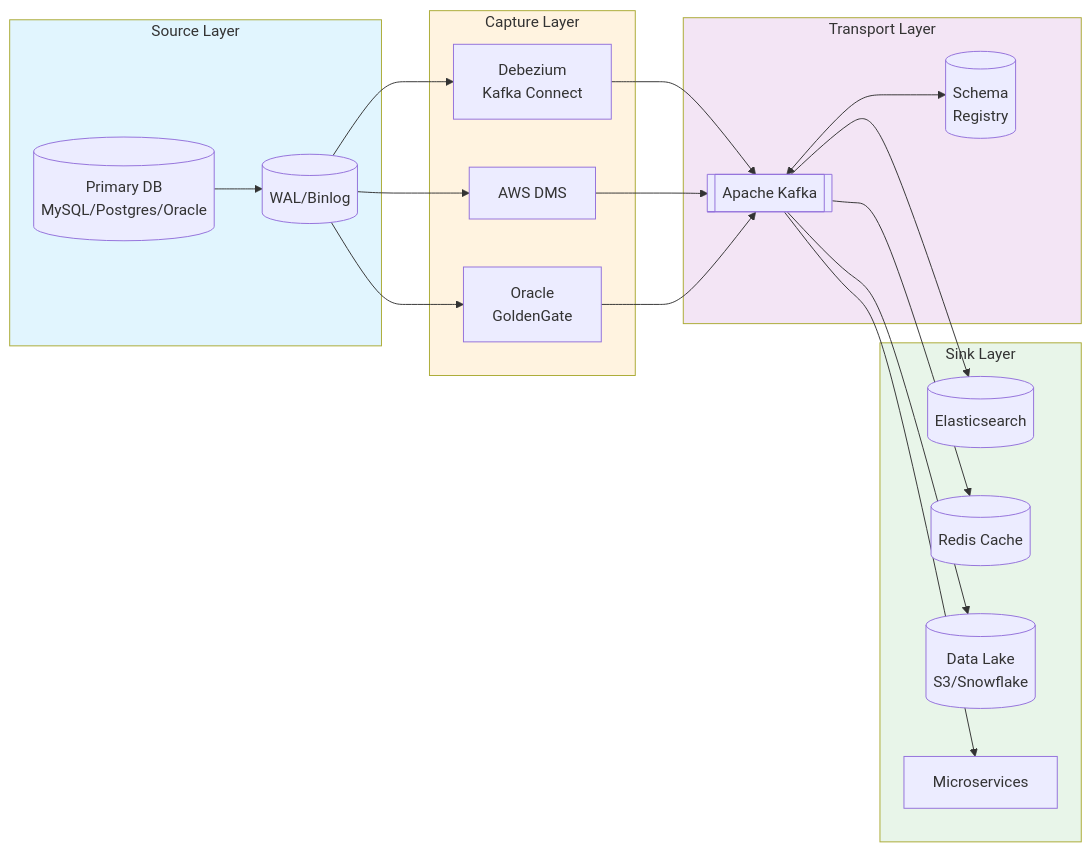
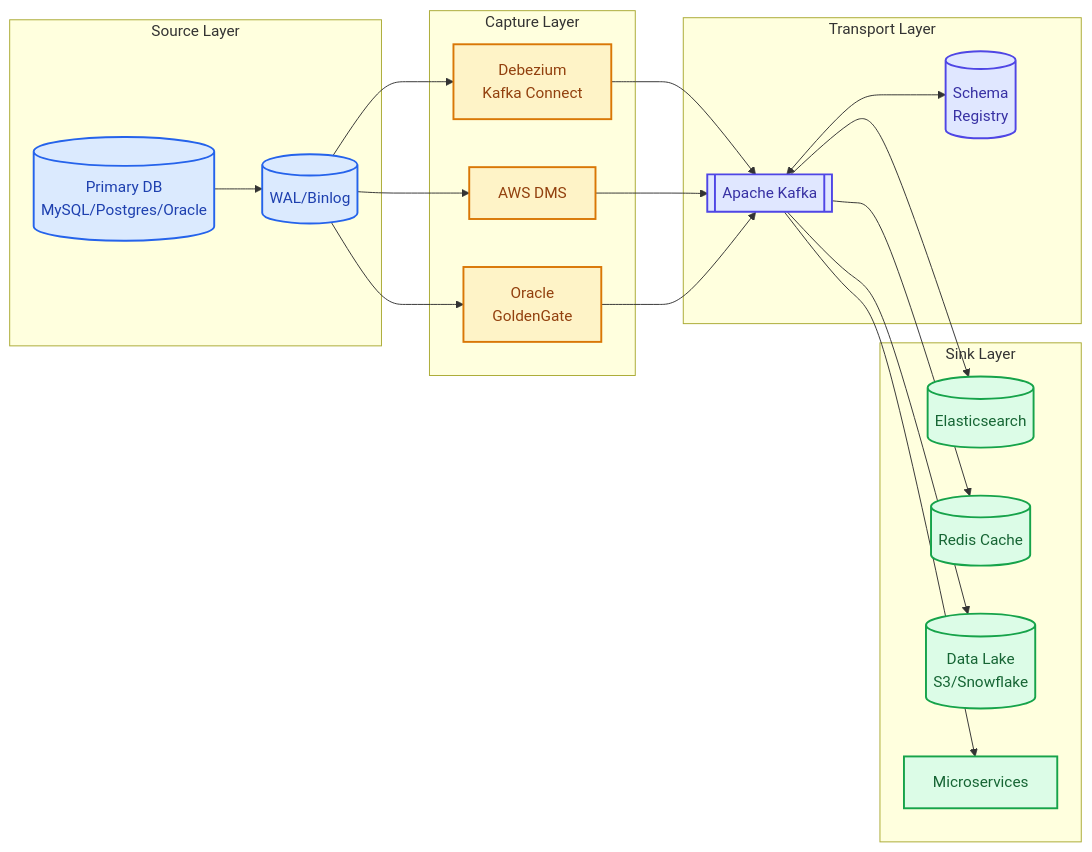
Before and after one commit to udaytamma/Cyrus: the third of 7 diagrams in gemini-responses/change-data-capture-cdc-20260120-0919.md, drawn with Mermaid. The commit also changed other lines of this file and 28 other files, not shown here.

First line of the commit message:
Upgrade Knowledge Base Mermaid diagrams to professional styling

````diff
--- a/gemini-responses/change-data-capture-cdc-20260120-0919.md
+++ b/gemini-responses/change-data-capture-cdc-20260120-0919.md
@@ -122,45 +129,50 @@
 ```mermaid
 flowchart LR
     subgraph Source["Source Layer"]
         DB[(Primary DB<br/>MySQL/Postgres/Oracle)]
         WAL[("WAL/Binlog")]
         DB --> WAL
     end
 
     subgraph Capture["Capture Layer"]
         DEB[Debezium<br/>Kafka Connect]
         DMS[AWS DMS]
         GG[Oracle<br/>GoldenGate]
     end
 
     subgraph Transport["Transport Layer"]
         KAFKA[[Apache Kafka]]
         SR[(Schema<br/>Registry)]
         KAFKA <--> SR
     end
 
     subgraph Sink["Sink Layer"]
         ES[(Elasticsearch)]
         CACHE[(Redis Cache)]
         DL[(Data Lake<br/>S3/Snowflake)]
         MICRO[Microservices]
     end
 
     WAL --> DEB
     WAL --> DMS
     WAL --> GG
 
     DEB --> KAFKA
     DMS --> KAFKA
     GG --> KAFKA
 
     KAFKA --> ES
     KAFKA --> CACHE
     KAFKA --> DL
     KAFKA --> MICRO
 
-    style Source fill:#e1f5fe
-    style Capture fill:#fff3e0
-    style Transport fill:#f3e5f5
-    style Sink fill:#e8f5e9
+    classDef sourceStyle fill:#dbeafe,stroke:#2563eb,color:#1e40af,stroke-width:2px
+    classDef captureStyle fill:#fef3c7,stroke:#d97706,color:#92400e,stroke-width:2px
+    classDef transportStyle fill:#e0e7ff,stroke:#4f46e5,color:#3730a3,stroke-width:2px
+    classDef sinkStyle fill:#dcfce7,stroke:#16a34a,color:#166534,stroke-width:2px
+
+    class DB,WAL sourceStyle
+    class DEB,DMS,GG captureStyle
+    class KAFKA,SR transportStyle
+    class ES,CACHE,DL,MICRO sinkStyle
 ```
````
